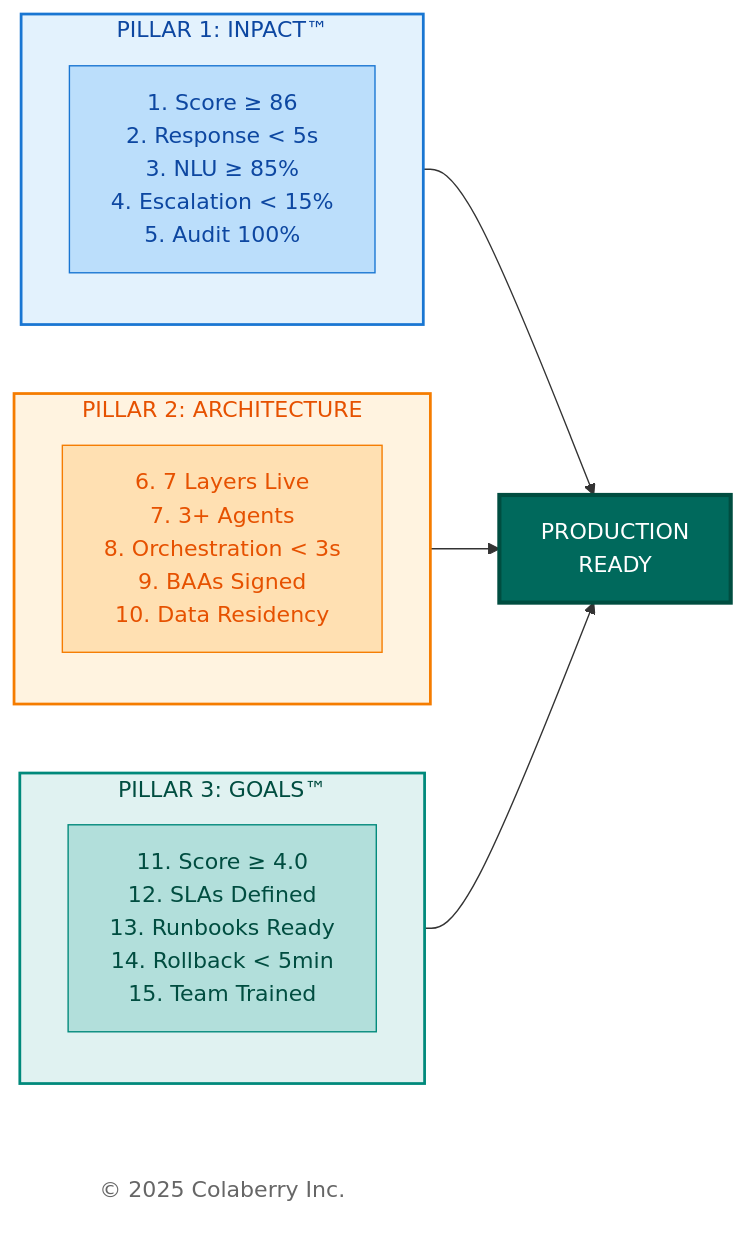
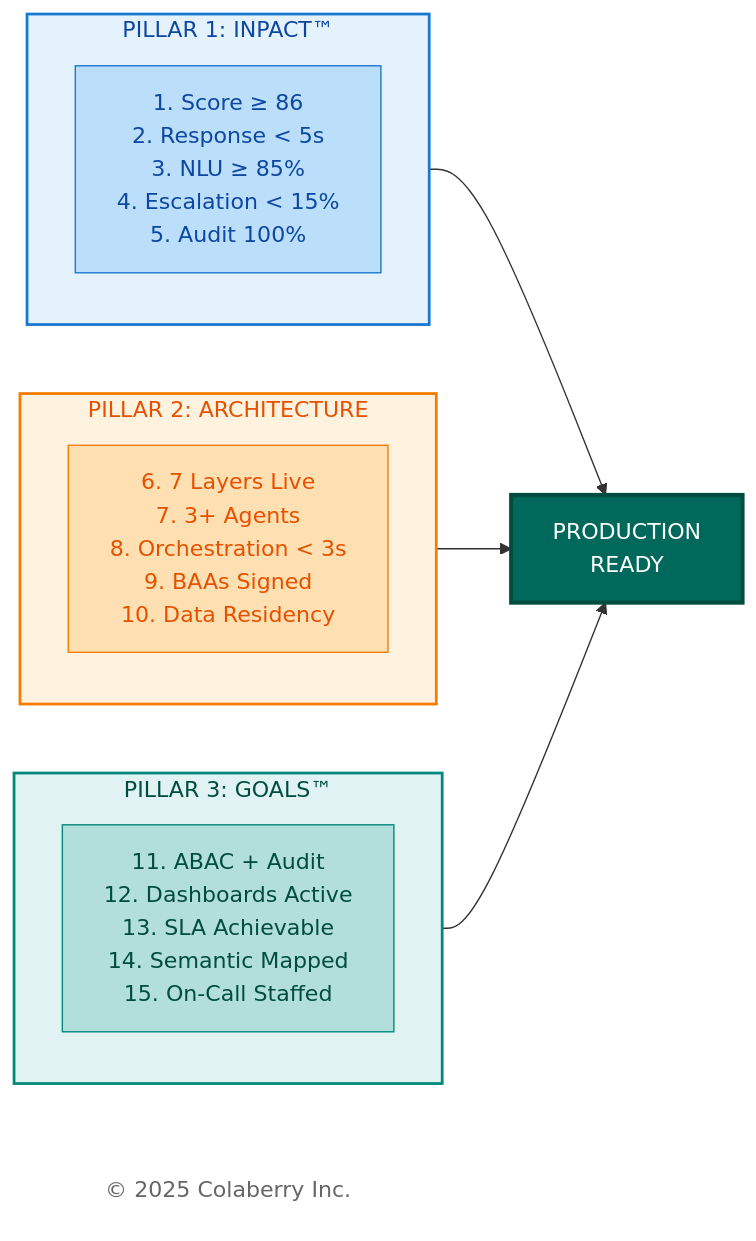
One commit to saitejesh-cyber/trust-before-intelligence-book changed the second of 6 diagrams in manuscript/13_chapter_12_running_agents_at_scale.md. Above: the diagram before and after it, drawn with Mermaid. The commit also changed other lines of this file and 2 other files, not shown here.

````diff
--- a/manuscript/13_chapter_12_running_agents_at_scale.md
+++ b/manuscript/13_chapter_12_running_agents_at_scale.md
@@ -76,33 +98,33 @@
 ```mermaid
 
 graph LR
     subgraph INPACT["PILLAR 1: INPACT™"]
         I1["1. Score ≥ 86<br/>2. Response < 5s<br/>3. NLU ≥ 85%<br/>4. Escalation < 15%<br/>5. Audit 100%"]
     end
     
     subgraph ARCH["PILLAR 2: ARCHITECTURE"]
         A1["6. 7 Layers Live<br/>7. 3+ Agents<br/>8. Orchestration < 3s<br/>9. BAAs Signed<br/>10. Data Residency"]
     end
     
     subgraph GOALS["PILLAR 3: GOALS™"]
-        G1["11. Score ≥ 4.0<br/>12. SLAs Defined<br/>13. Runbooks Ready<br/>14. Rollback < 5min<br/>15. Team Trained"]
+        G1["11. ABAC + Audit<br/>12. Dashboards Active<br/>13. SLA Achievable<br/>14. Semantic Mapped<br/>15. On-Call Staffed"]
     end
     
     READY["PRODUCTION<br/>READY"]
     
     Copyright["© 2025 Colaberry Inc."]
     
     INPACT --> READY
     ARCH --> READY
     GOALS --> READY
     
     style INPACT fill:#e3f2fd,stroke:#1976d2,stroke-width:2px,color:#0d47a1
     style ARCH fill:#fff3e0,stroke:#f57c00,stroke-width:2px,color:#e65100
     style GOALS fill:#e0f2f1,stroke:#00897b,stroke-width:2px,color:#004d40
     style I1 fill:#bbdefb,stroke:#1976d2,color:#0d47a1
     style A1 fill:#ffe0b2,stroke:#f57c00,color:#e65100
     style G1 fill:#b2dfdb,stroke:#00897b,color:#004d40
     style READY fill:#00695c,color:#ffffff,stroke:#004d40,stroke-width:3px
     style Copyright fill:#ffffff,stroke:none,color:#666666
 
 ```
````
